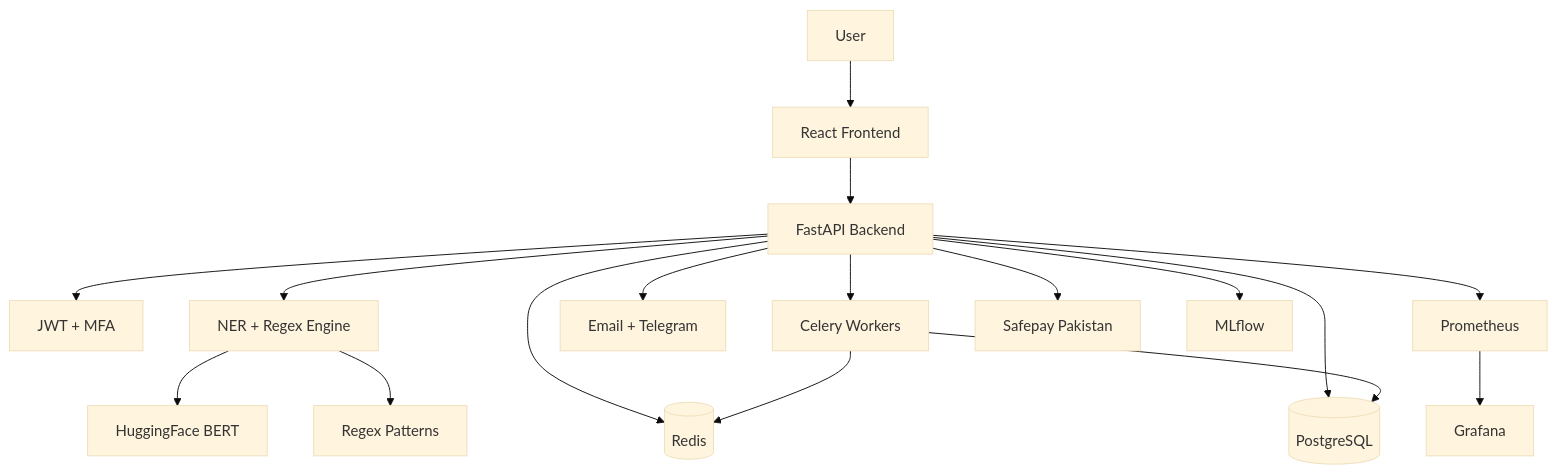
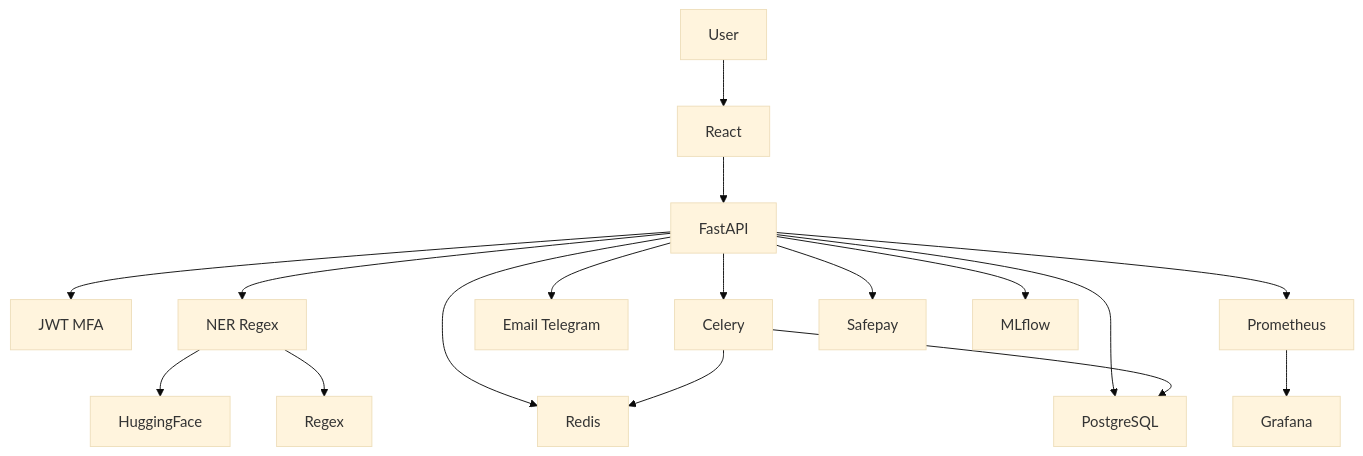
The fourth of 6 diagrams in README.md (Khan-Feroz211/MyCyber-Project), drawn with Mermaid (base theme) before and after one commit. The commit also changed other lines of this file, not shown here.

Commit message:
docs: use ultra-simple mermaid syntax for guaranteed GitHub rendering

````diff
--- a/README.md
+++ b/README.md
@@ -162,19 +147,19 @@
 ```mermaid
 graph TB
-    U[User] --> FE[React Frontend]
-    FE --> API[FastAPI Backend]
-    API --> AUTH[JWT + MFA]
-    API --> SCAN[NER + Regex Engine]
-    API --> CELERY[Celery Workers]
-    API --> NOTIFY[Email + Telegram]
-    SCAN --> NER[HuggingFace BERT]
-    SCAN --> REX[Regex Patterns]
-    API --> REDIS[(Redis)]
-    API --> PG[(PostgreSQL)]
-    CELERY --> REDIS
-    CELERY --> PG
-    API --> PROM[Prometheus]
-    PROM --> GRAF[Grafana]
-    API --> SP[Safepay Pakistan]
-    API --> ML[MLflow]
+    User[User] --> Frontend[React]
+    Frontend --> API[FastAPI]
+    API --> Auth[JWT MFA]
+    API --> Scan[NER Regex]
+    API --> Celery[Celery]
+    API --> Email[Email Telegram]
+    Scan --> Hugging[HuggingFace]
+    Scan --> Regex[Regex]
+    API --> Redis[Redis]
+    API --> PG[PostgreSQL]
+    Celery --> Redis
+    Celery --> PG
+    API --> Prom[Prometheus]
+    Prom --> Graf[Grafana]
+    API --> Safepay[Safepay]
+    API --> MLflow[MLflow]
 ```
````
